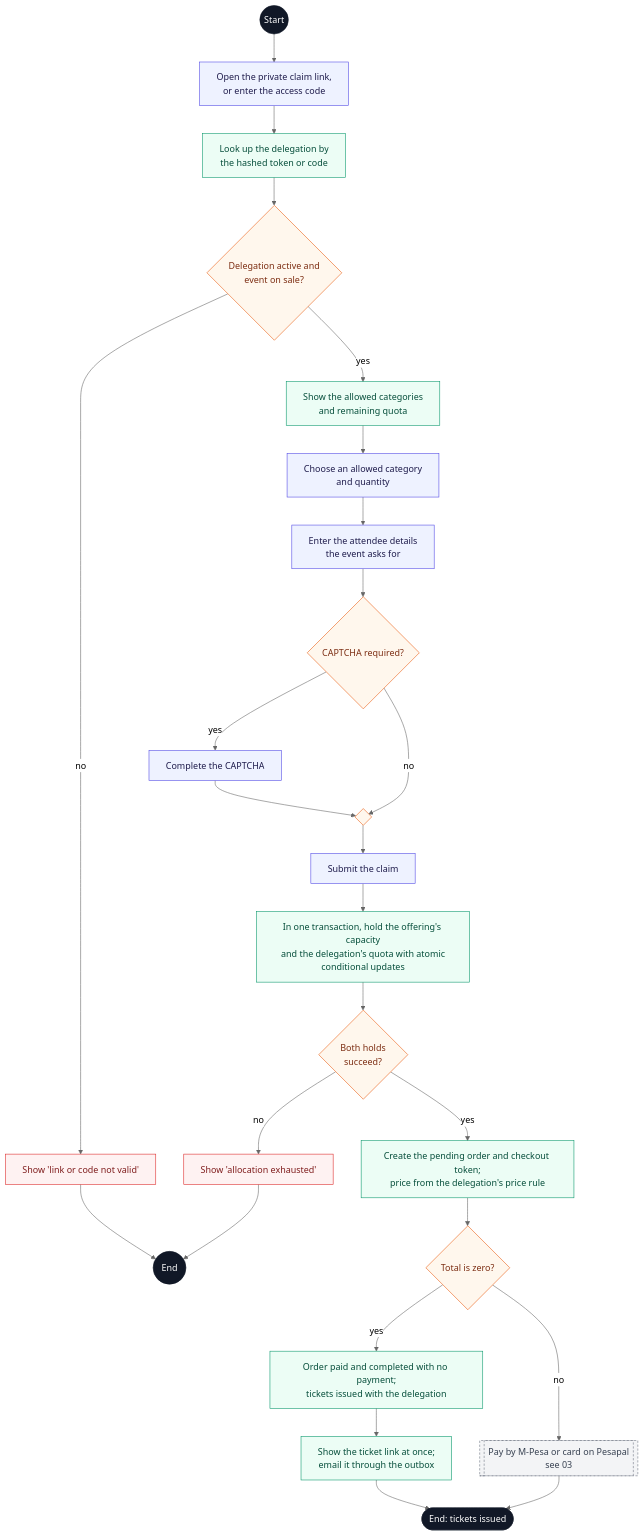
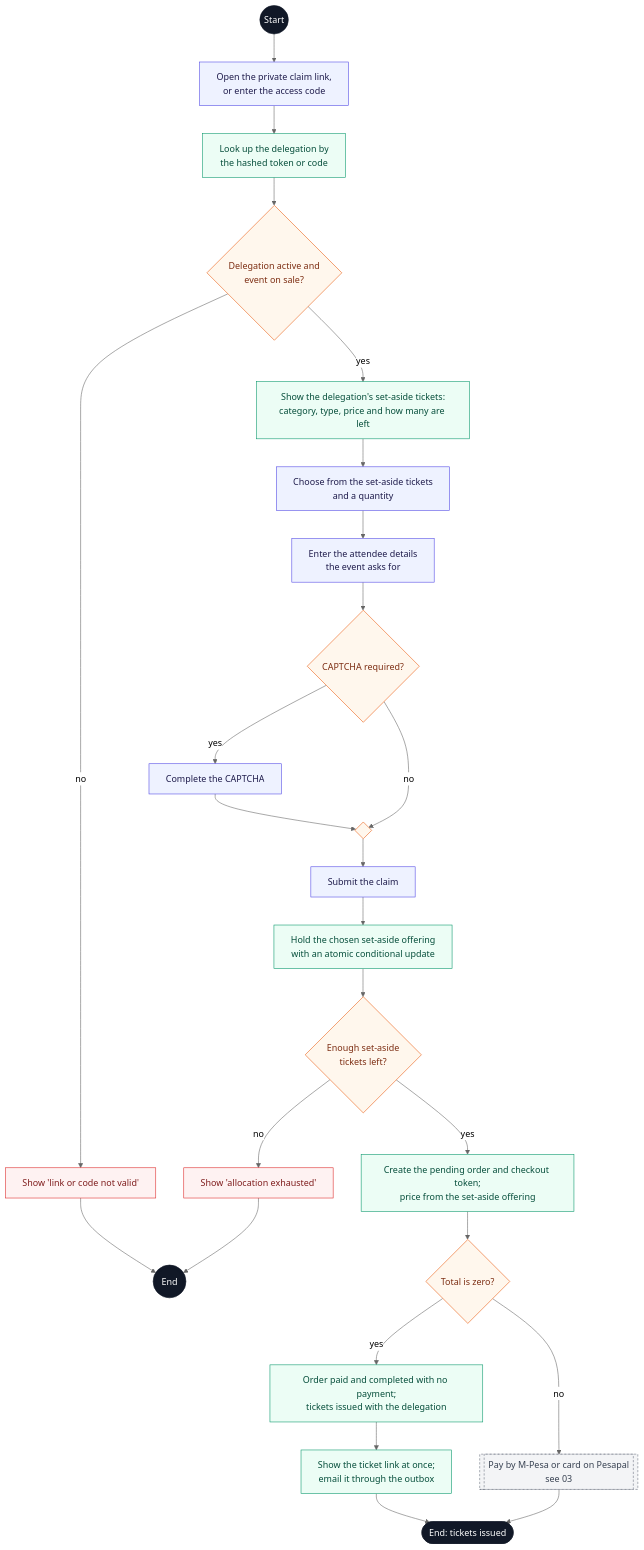
One commit to kreativesahara/ticket changed the diagram in doc/diagrams/activity/06-delegation-claim.md. Above: the diagram before and after it, drawn with Mermaid (neutral theme). The commit also changed other lines of this file and 68 other files, not shown here.

Commit message:
docs: add comprehensive ERD, activity, and use-case diagrams along with supporting documentation and prompt updates

````diff
--- a/doc/diagrams/activity/06-delegation-claim.md
+++ b/doc/diagrams/activity/06-delegation-claim.md
@@ -9,45 +9,45 @@
 ```mermaid
 %%{init: {"flowchart": {"wrappingWidth": 320}}}%%
 flowchart TD
     classDef startNode fill:#111827,stroke:#111827,color:#ffffff
     classDef endNode fill:#111827,stroke:#111827,color:#ffffff
     classDef buyer fill:#eef2ff,stroke:#4f46e5,color:#1e1b4b
     classDef system fill:#ecfdf5,stroke:#059669,color:#064e3b
     classDef external fill:#f3f4f6,stroke:#6b7280,stroke-dasharray:4 3,color:#374151
     classDef decision fill:#fff7ed,stroke:#ea580c,color:#7c2d12
     classDef stop fill:#fef2f2,stroke:#dc2626,color:#7f1d1d
 
     start(("Start")):::startNode
     a1["Open the private claim link,<br/>or enter the access code"]:::buyer
     s1["Look up the delegation by<br/>the hashed token or code"]:::system
     d1{"Delegation active and<br/>event on sale?"}:::decision
     x1["Show 'link or code not valid'"]:::stop
-    s2["Show the allowed categories<br/>and remaining quota"]:::system
-    a2["Choose an allowed category<br/>and quantity"]:::buyer
+    s2["Show the delegation's set-aside tickets:<br/>category, type, price and how many are left"]:::system
+    a2["Choose from the set-aside tickets<br/>and a quantity"]:::buyer
     a3["Enter the attendee details<br/>the event asks for"]:::buyer
     d2{"CAPTCHA required?"}:::decision
     a4["Complete the CAPTCHA"]:::buyer
     m1{" "}:::decision
     a5["Submit the claim"]:::buyer
-    s3["In one transaction, hold the offering's capacity<br/>and the delegation's quota with atomic<br/>conditional updates"]:::system
-    d3{"Both holds<br/>succeed?"}:::decision
+    s3["Hold the chosen set-aside offering<br/>with an atomic conditional update"]:::system
+    d3{"Enough set-aside<br/>tickets left?"}:::decision
     x2["Show 'allocation exhausted'"]:::stop
-    s4["Create the pending order and checkout token;<br/>price from the delegation's price rule"]:::system
+    s4["Create the pending order and checkout token;<br/>price from the set-aside offering"]:::system
     d4{"Total is zero?"}:::decision
     s5["Order paid and completed with no payment;<br/>tickets issued with the delegation"]:::system
     s6["Show the ticket link at once;<br/>email it through the outbox"]:::system
     a6[["Pay by M-Pesa or card on Pesapal<br/>see 03"]]:::external
     done(["End: tickets issued"]):::endNode
     failed((("End"))):::endNode
 
     start --> a1 --> s1 --> d1
     d1 -->|"no"| x1 --> failed
     d1 -->|"yes"| s2 --> a2 --> a3 --> d2
     d2 -->|"yes"| a4 --> m1
     d2 -->|"no"| m1
     m1 --> a5 --> s3 --> d3
     d3 -->|"no"| x2 --> failed
     d3 -->|"yes"| s4 --> d4
     d4 -->|"yes"| s5 --> s6 --> done
     d4 -->|"no"| a6 --> done
 ```
````
